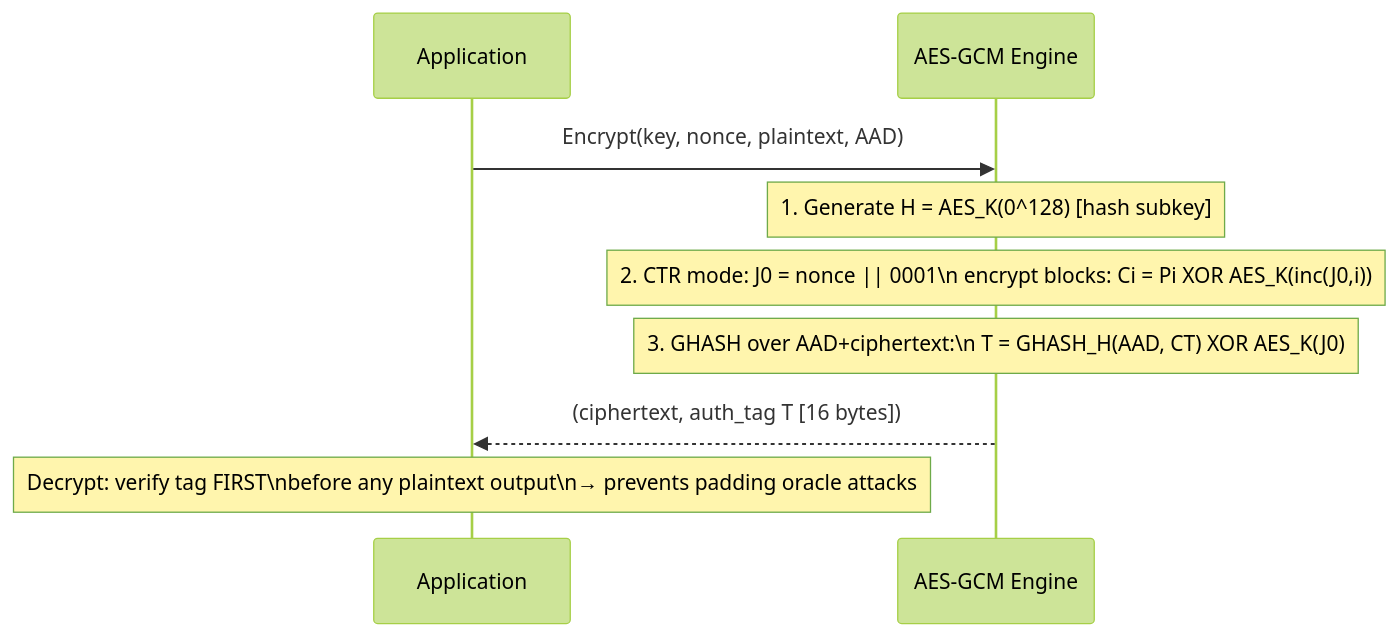
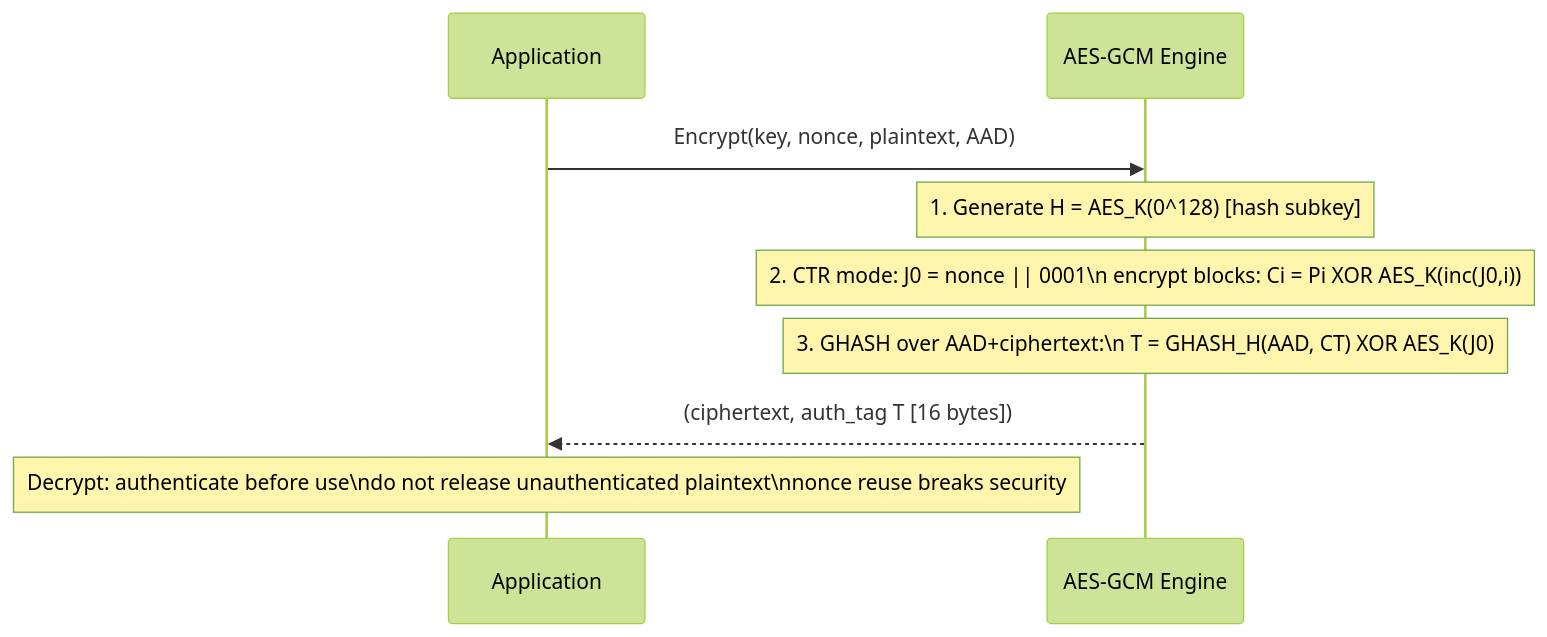
The second of 20 diagrams in content/docs/books/cs-reference/ko/security-internals.md (choisimo/document), drawn with Mermaid (forest theme) before and after one commit. The commit also changed other lines of this file and 504 other files, not shown here.

````diff
--- a/content/docs/books/cs-reference/ko/security-internals.md
+++ b/content/docs/books/cs-reference/ko/security-internals.md
@@ -37,13 +45,13 @@
 ```mermaid
 sequenceDiagram
     participant App as Application
     participant AESGCM as AES-GCM Engine
 
     App->>AESGCM: Encrypt(key, nonce, plaintext, AAD)
     Note over AESGCM: 1. Generate H = AES_K(0^128) [hash subkey]
     Note over AESGCM: 2. CTR mode: J0 = nonce || 0001\n   encrypt blocks: Ci = Pi XOR AES_K(inc(J0,i))
     Note over AESGCM: 3. GHASH over AAD+ciphertext:\n   T = GHASH_H(AAD, CT) XOR AES_K(J0)
     AESGCM-->>App: (ciphertext, auth_tag T [16 bytes])
 
-    Note over App: Decrypt: verify tag FIRST\nbefore any plaintext output\n→ prevents padding oracle attacks
+    Note over App: Decrypt: authenticate before use\ndo not release unauthenticated plaintext\nnonce reuse breaks security
 ```
````
